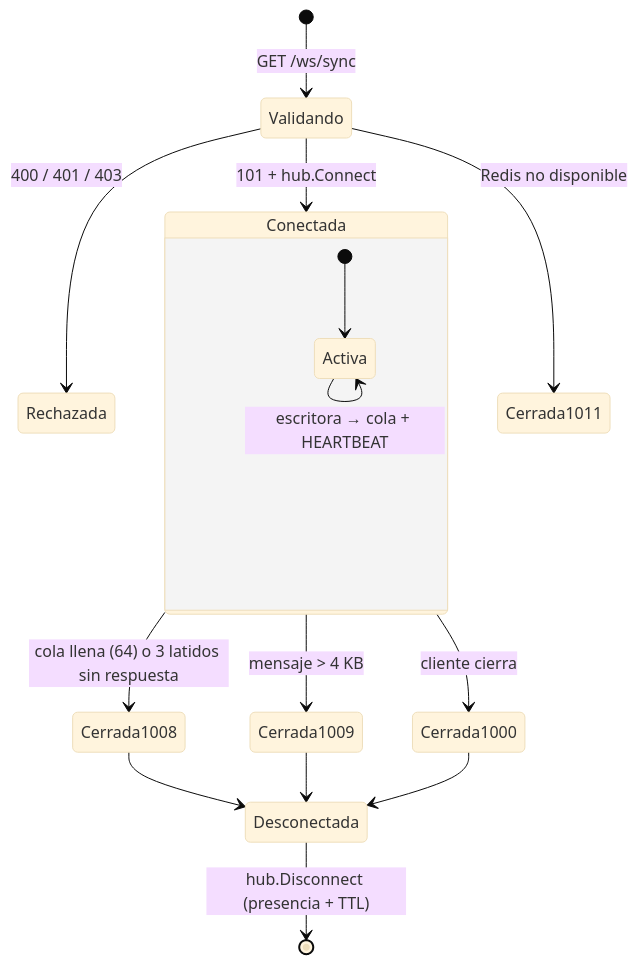
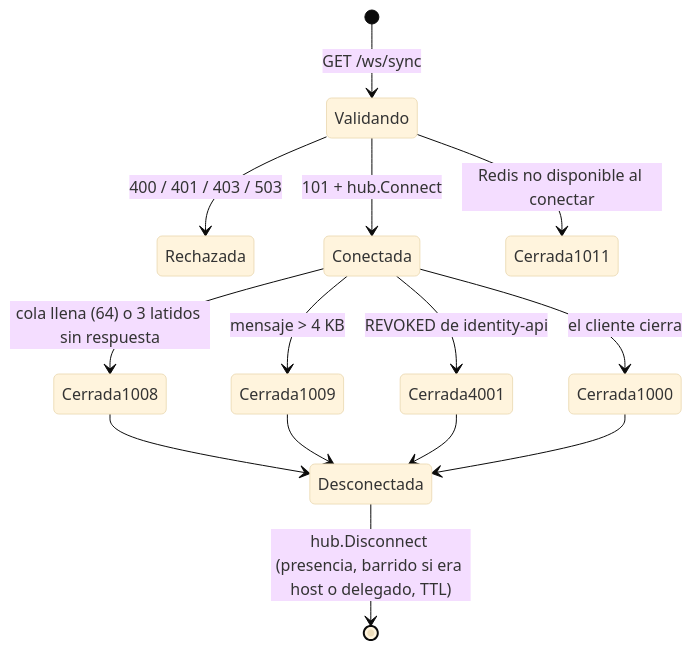
One commit to N1ghtlyC0de/TINT changed diagram 13 of 17 in docs/dominio-reproduccion.md. Above: the diagram before and after it, drawn with Mermaid (base theme). The commit also changed other lines of this file and 2 other files, not shown here.

````diff
--- a/docs/dominio-reproduccion.md
+++ b/docs/dominio-reproduccion.md
@@ -375,19 +525,16 @@
 ```mermaid
 stateDiagram-v2
     [*] --> Validando: GET /ws/sync
-    Validando --> Rechazada: 400 / 401 / 403
+    Validando --> Rechazada: 400 / 401 / 403 / 503
     Validando --> Conectada: 101 + hub.Connect
-    Validando --> Cerrada1011: Redis no disponible
-    state Conectada {
-        [*] --> Activa
-        Activa --> Activa: lectora → hub.Handle
-        Activa --> Activa: escritora → cola + HEARTBEAT
-    }
+    Validando --> Cerrada1011: Redis no disponible al conectar
     Conectada --> Cerrada1008: cola llena (64) o 3 latidos sin respuesta
     Conectada --> Cerrada1009: mensaje > 4 KB
-    Conectada --> Cerrada1000: cliente cierra
+    Conectada --> Cerrada4001: REVOKED de identity-api
+    Conectada --> Cerrada1000: el cliente cierra
     Cerrada1008 --> Desconectada
     Cerrada1009 --> Desconectada
+    Cerrada4001 --> Desconectada
     Cerrada1000 --> Desconectada
-    Desconectada --> [*]: hub.Disconnect (presencia + TTL)
+    Desconectada --> [*]: hub.Disconnect (presencia, barrido si era host o delegado, TTL)
 ```
````
